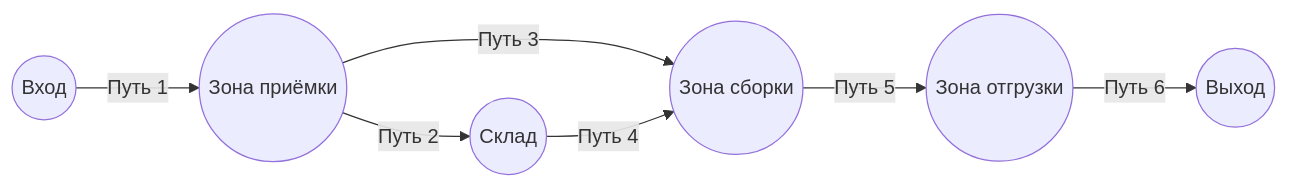
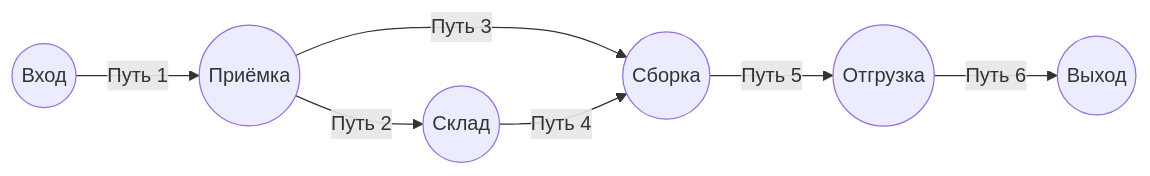
One commit to stareeg/simulation-modeling-notes changed the fourth of 5 diagrams in docs/04-discrete-event.md. Above: the diagram before and after it, drawn with Mermaid. The commit also changed other lines of this file and 14 other files, not shown here.

````diff
--- a/docs/04-discrete-event.md
+++ b/docs/04-discrete-event.md
@@ -231,9 +221,9 @@
 ```mermaid
 graph LR
-    N1((Вход)) -->|Путь 1| N2((Зона приёмки))
+    N1((Вход)) -->|Путь 1| N2((Приёмка))
     N2 -->|Путь 2| N3((Склад))
-    N2 -->|Путь 3| N4((Зона сборки))
+    N2 -->|Путь 3| N4((Сборка))
     N3 -->|Путь 4| N4
-    N4 -->|Путь 5| N5((Зона отгрузки))
+    N4 -->|Путь 5| N5((Отгрузка))
     N5 -->|Путь 6| N6((Выход))
 ```
````
